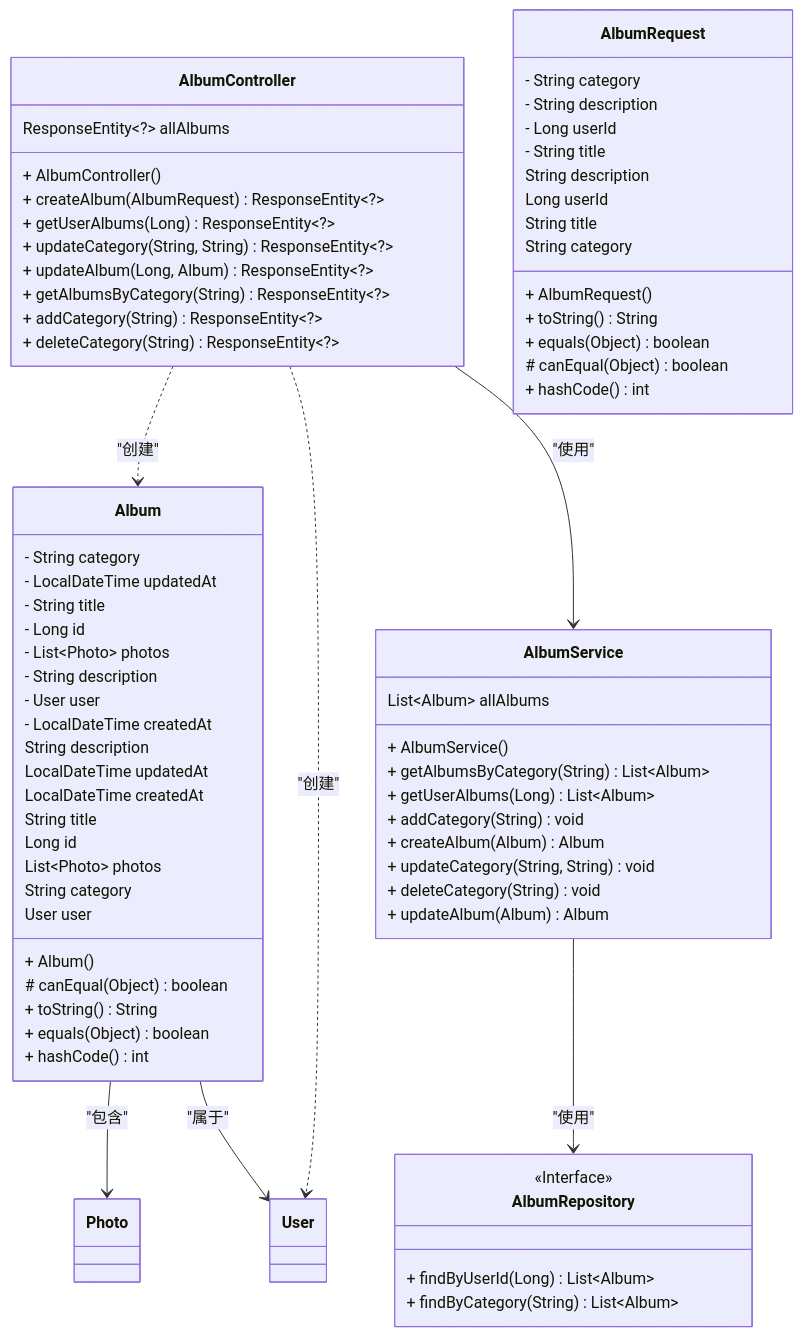
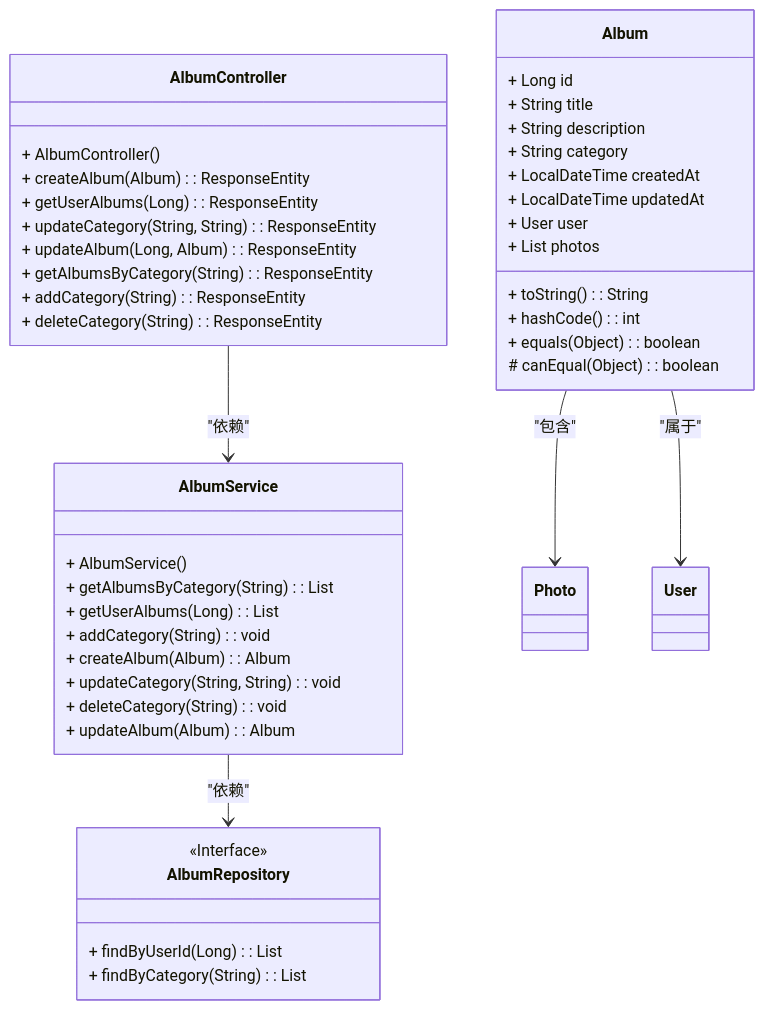
One commit to lightmon233/Memento changed the fourth of 14 diagrams in README.md. Above: the diagram before and after it, drawn with Mermaid. The commit also changed other lines of this file, not shown here.

````diff
--- a/README.md
+++ b/README.md
@@ -215,74 +177,47 @@
 ```mermaid
 classDiagram
-   class Album {
-  + Album() 
-  - String category
-  - LocalDateTime updatedAt
-  - String title
-  - Long id
-  - List~Photo~ photos
-  - String description
-  - User user
-  - LocalDateTime createdAt
-  # canEqual(Object) boolean
-  + toString() String
-  + equals(Object) boolean
-  + hashCode() int
-    String description
-       LocalDateTime updatedAt
-       LocalDateTime createdAt
-       String title
-       Long id
-       List~Photo~ photos
-       String category
-       User user
-    }
-    class AlbumController {
-  + AlbumController() 
-  + createAlbum(AlbumRequest) ResponseEntity~?~
-  + getUserAlbums(Long) ResponseEntity~?~
-  + updateCategory(String, String) ResponseEntity~?~
-  + updateAlbum(Long, Album) ResponseEntity~?~
-  + getAlbumsByCategory(String) ResponseEntity~?~
-  + addCategory(String) ResponseEntity~?~
-  + deleteCategory(String) ResponseEntity~?~
-    ResponseEntity~?~ allAlbums
-    }
-    class AlbumRepository {
-    <<Interface>>
-  + findByUserId(Long) List~Album~
-  + findByCategory(String) List~Album~
-    }
-    class AlbumRequest {
-  + AlbumRequest() 
-  - String category
-  - String description
-  - Long userId
-  - String title
-  + toString() String
-  + equals(Object) boolean
-  # canEqual(Object) boolean
-  + hashCode() int
-    String description
-       Long userId
-       String title
-       String category
-    }
-    class AlbumService {
-  + AlbumService() 
-  + getAlbumsByCategory(String) List~Album~
-  + getUserAlbums(Long) List~Album~
-  + addCategory(String) void
-  + createAlbum(Album) Album
-  + updateCategory(String, String) void
-  + deleteCategory(String) void
-  + updateAlbum(Album) Album
-    List~Album~ allAlbums
-    }
+class Album {
+  + Long id
+  + String title
+  + String description
+  + String category
+  + LocalDateTime createdAt
+  + LocalDateTime updatedAt
+  + User user
+  + List<Photo> photos
+  + toString(): String
+  + hashCode(): int
+  + equals(Object): boolean
+  # canEqual(Object): boolean
+}
+class AlbumController {
+  + AlbumController()
+  + createAlbum(Album): ResponseEntity<?>
+  + getUserAlbums(Long): ResponseEntity<?>
+  + updateCategory(String, String): ResponseEntity<?>
+  + updateAlbum(Long, Album): ResponseEntity<?>
+  + getAlbumsByCategory(String): ResponseEntity<?>
+  + addCategory(String): ResponseEntity<?>
+  + deleteCategory(String): ResponseEntity<?>
+}
+class AlbumService {
+  + AlbumService()
+  + getAlbumsByCategory(String): List<Album>
+  + getUserAlbums(Long): List<Album>
+  + addCategory(String): void
+  + createAlbum(Album): Album
+  + updateCategory(String, String): void
+  + deleteCategory(String): void
+  + updateAlbum(Album): Album
+}
+class AlbumRepository {
+  <<Interface>>
+  + findByUserId(Long): List<Album>
+  + findByCategory(String): List<Album>
+}
+
 Album --> Photo : "包含"
 Album --> User : "属于"
-AlbumController  ..>  Album : "创建"
-AlbumController --> AlbumService : "使用"
-AlbumController  ..>  User : "创建"
-AlbumService --> AlbumRepository : "使用"
+AlbumController --> AlbumService : "依赖"
+AlbumService --> AlbumRepository : "依赖"
 ```
````
